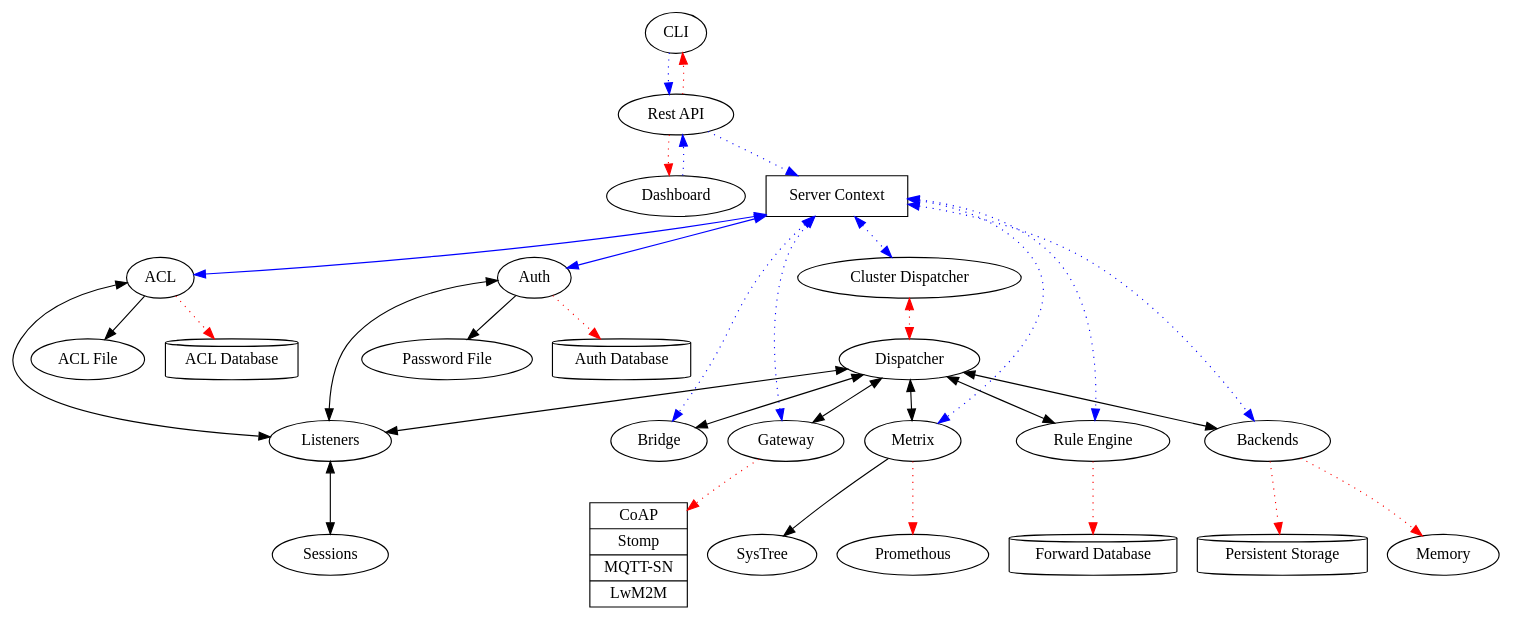
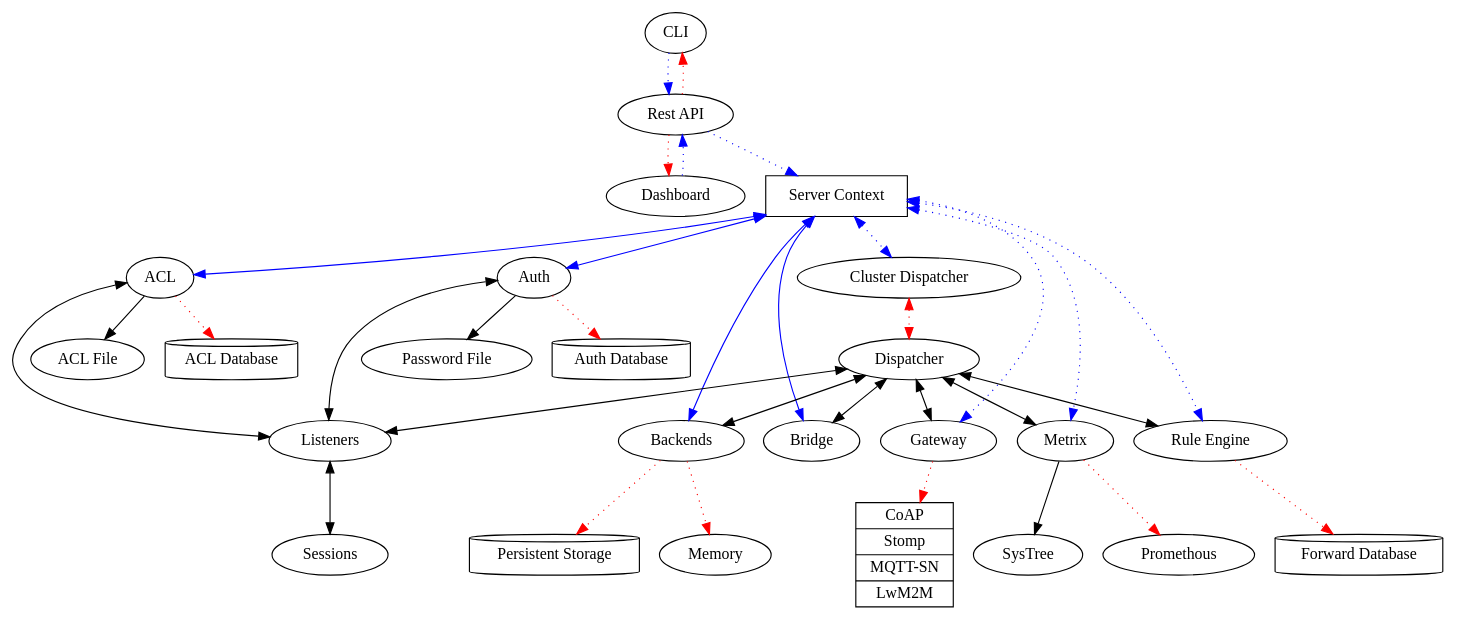
Before and after one commit to RustRobotics/hebo: the diagram in docs/internal.dot, drawn with Graphviz. The commit also changed 2 other files, not shown here.

Commit message:
Connect birdge app to server context

```diff
--- a/docs/internal.dot
+++ b/docs/internal.dot
@@ -1,62 +1,62 @@
 
 digraph {
 	// cli
 	CLI -> "Rest API" [style=dotted, color=blue];
 	"Rest API" -> CLI [style=dotted, color=red];
 
 	// dashboard app
 	Dashboard -> "Rest API" [style=dotted, color=blue];
 	"Rest API" -> Dashboard [style=dotted, color=red];
 
 	"Rest API" -> "Server Context" [style=dotted, color=blue];
 
 	"Server Context" [shape=box];
 	"Server Context" -> ACL [dir=both, color=blue];
 	"Server Context" -> Auth [dir=both, color=blue];
-	"Server Context" -> Bridge [dir=both, style=dotted, color=blue];
+	"Server Context" -> Backends [dir=both, color=blue];
+	"Server Context" -> Bridge [dir=both, color=blue];
 	"Server Context" -> Gateway [dir=both, style=dotted, color=blue];
 	"Server Context" -> Metrix [dir=both, style=dotted, color=blue];
 	"Server Context" -> "Cluster Dispatcher" [dir=both, style=dotted, color=blue];
 	"Server Context" -> "Rule Engine" [dir=both, style=dotted, color=blue];
-	"Server Context" -> Backends [dir=both, style=dotted, color=blue];
 
 	"Cluster Dispatcher" -> Dispatcher [dir=both, color=red, style=dotted];
 
 	Dispatcher -> Listeners [dir=both];
 	Listeners -> Sessions [dir=both];
 
 	Dispatcher -> Backends [dir=both];
 	Backends -> Memory [color=red, style=dotted];
 	"Persistent Storage" [shape=cylinder];
 	Backends -> "Persistent Storage" [color=red, style=dotted];
 
 	// ACL app
 	ACL -> Listeners [dir=both];
 	ACL -> "ACL File";
 	"ACL Database" [shape=cylinder];
 	ACL -> "ACL Database" [style=dotted, color=red];
 
 	// auth app
 	Auth -> Listeners [dir=both];
 	Auth -> "Password File";
 	"Auth Database" [shape=cylinder];
 	Auth -> "Auth Database" [style=dotted, color=red];
 
 	// mqtt bridge app
 	Dispatcher -> Bridge [dir=both];
 
 	// gateway app
 	Dispatcher -> Gateway [dir=both];
 	ExternalProtocols [shape=record, label="{ CoAP | Stomp | MQTT-SN | LwM2M }"];
 	Gateway -> ExternalProtocols [style=dotted, color=red];
 
 	// monitor app
 	Dispatcher -> Metrix [dir=both];
 	Metrix -> Promethous [style=dotted, color=red];
 	Metrix -> SysTree;
 
 	// rule engine app
 	Dispatcher -> "Rule Engine" [dir=both];
 	"Forward Database" [shape=cylinder];
 	"Rule Engine" -> "Forward Database" [style=dotted, color=red];
 }
```
